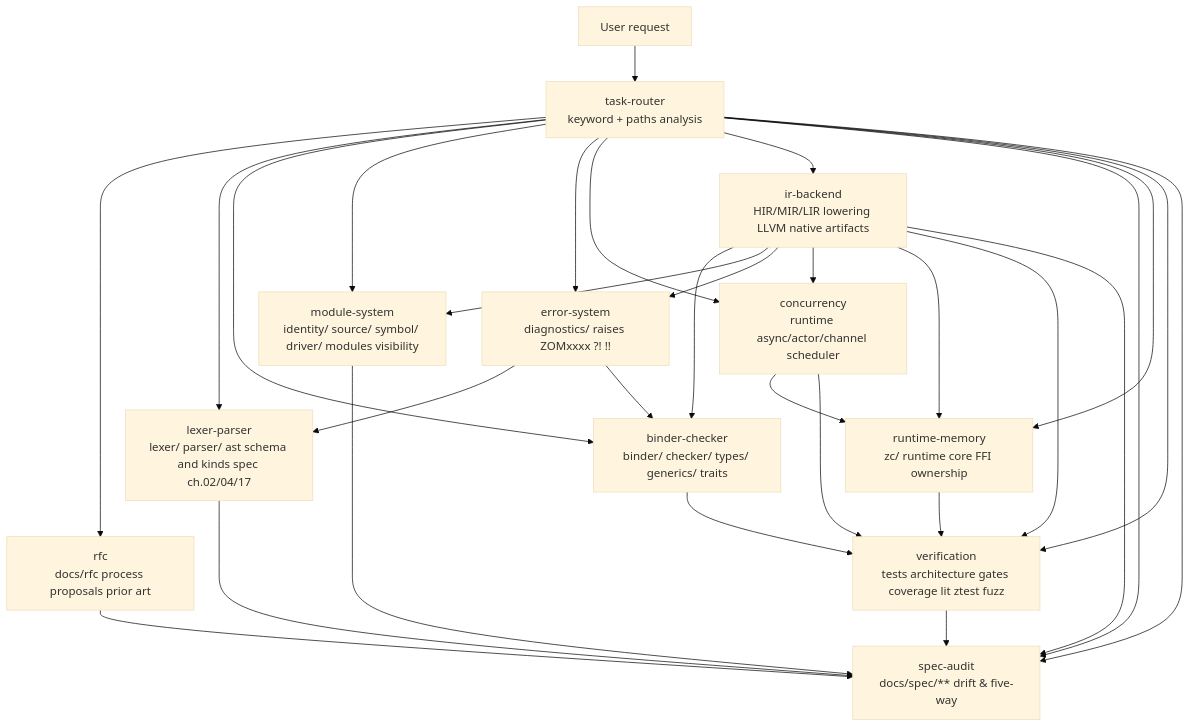
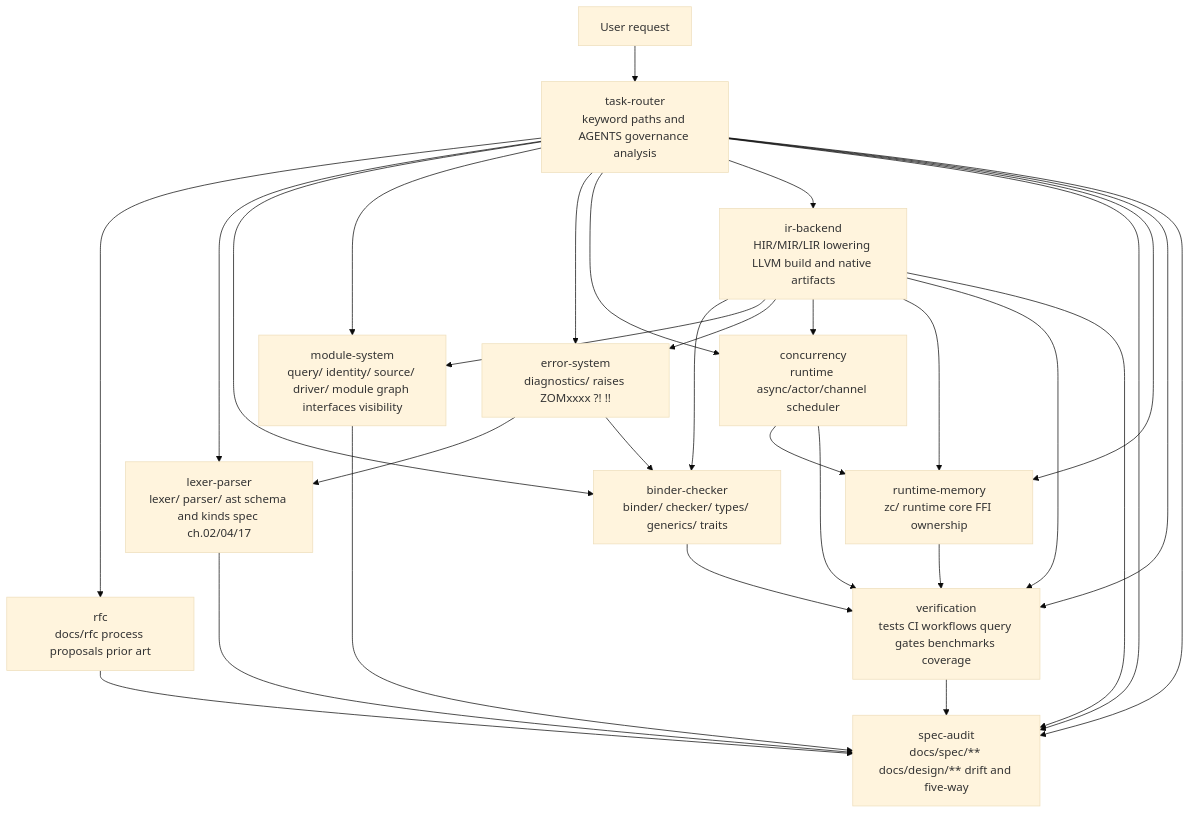
The diagram in .agents/subagents/README.md (Zzzode/ZOM), drawn with Mermaid (base theme) before and after one commit. The commit also changed other lines of this file and 21 other files, not shown here.

First line of the commit message:
docs(repo): align compiler architecture guidance

````diff
--- a/.agents/subagents/README.md
+++ b/.agents/subagents/README.md
@@ -11,35 +11,35 @@
 ```mermaid
 flowchart TD
-    U[User request] --> TR[task-router<br/>keyword + paths analysis]
+    U[User request] --> TR[task-router<br/>keyword paths and AGENTS governance analysis]
 
     TR --> RF[rfc<br/>docs/rfc process proposals prior art]
     TR --> LP[lexer-parser<br/>lexer/ parser/ ast schema and kinds spec ch.02/04/17]
     TR --> BC[binder-checker<br/>binder/ checker/ types/ generics/ traits]
-    TR --> MS[module-system<br/>identity/ source/ symbol/ driver/ modules visibility]
+    TR --> MS[module-system<br/>query/ identity/ source/ driver/ module graph interfaces visibility]
     TR --> ES[error-system<br/>diagnostics/ raises ZOMxxxx ?! !!]
     TR --> CN[concurrency<br/>runtime async/actor/channel scheduler]
-    TR --> IB[ir-backend<br/>HIR/MIR/LIR lowering LLVM native artifacts]
-    TR --> SA[spec-audit<br/>docs/spec/** drift & five-way]
+    TR --> IB[ir-backend<br/>HIR/MIR/LIR lowering LLVM build and native artifacts]
+    TR --> SA[spec-audit<br/>docs/spec/** docs/design/** drift and five-way]
     TR --> RM[runtime-memory<br/>zc/ runtime core FFI ownership]
-    TR --> VR[verification<br/>tests architecture gates coverage lit ztest fuzz]
+    TR --> VR[verification<br/>tests CI workflows query gates benchmarks coverage]
 
     %% Escalation edges
     RF --> SA
     LP --> SA
     BC --> VR
     MS --> SA
     ES --> LP
     ES --> BC
     CN --> RM
     CN --> VR
     IB --> BC
     IB --> MS
     IB --> ES
     IB --> CN
     IB --> RM
     IB --> VR
     IB --> SA
     RM --> VR
     VR --> SA
     TR --> SA
 ```
````
